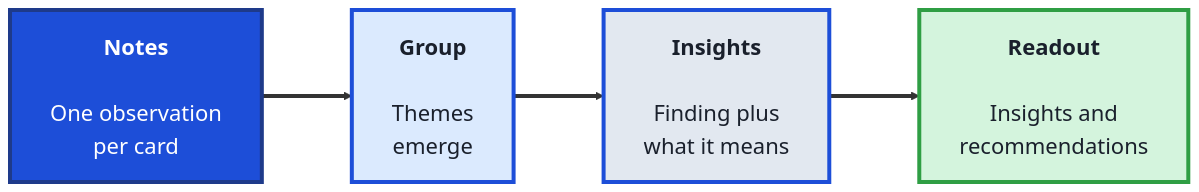
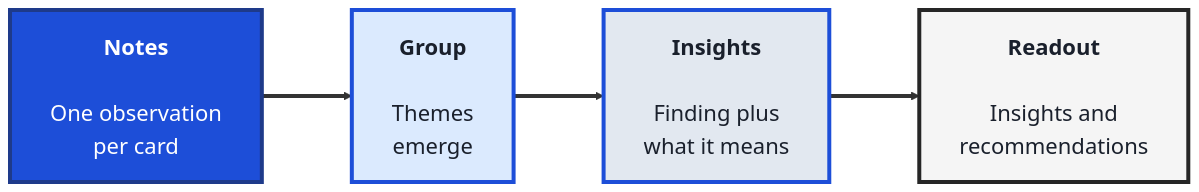
The third of 3 diagrams in src/Pages/courses/TechLeads/module-5-research-for-tech-teams.md (SHEMODELTECH/shemodeltech), drawn with Mermaid before and after one commit. The commit also changed other lines of this file and 46 other files, not shown here.

````diff
--- a/src/Pages/courses/TechLeads/module-5-research-for-tech-teams.md
+++ b/src/Pages/courses/TechLeads/module-5-research-for-tech-teams.md
@@ -180,16 +180,16 @@
 ```mermaid
 %%{init: {'theme':'base', 'themeVariables': {'fontSize':'22px', 'primaryTextColor':'#1a202c', 'primaryBorderColor':'#1d4ed8', 'lineColor':'#333333'}, 'flowchart': {'nodeSpacing': 70, 'rankSpacing': 90, 'padding': 20}}}%%
 flowchart LR
     NOTES["<b>Notes</b><br/><br/>One observation<br/>per card"]
     GROUP["<b>Group</b><br/><br/>Themes<br/>emerge"]
     INS["<b>Insights</b><br/><br/>Finding plus<br/>what it means"]
     SHARE["<b>Readout</b><br/><br/>Insights and<br/>recommendations"]
 
     NOTES ==> GROUP ==> INS ==> SHARE
 
     style NOTES fill:#1d4ed8,color:#fff,stroke:#1e3a8a,stroke-width:4px
     style GROUP fill:#dbeafe,color:#1a202c,stroke:#1d4ed8,stroke-width:4px
     style INS fill:#e2e8f0,color:#1a202c,stroke:#1d4ed8,stroke-width:4px
-    style SHARE fill:#d4f4dd,color:#1a202c,stroke:#2f9e44,stroke-width:4px
+    style SHARE fill:#F5F5F5,color:#1a202c,stroke:#262626,stroke-width:4px
     linkStyle default stroke-width:4px,stroke:#333333
 ```
````
